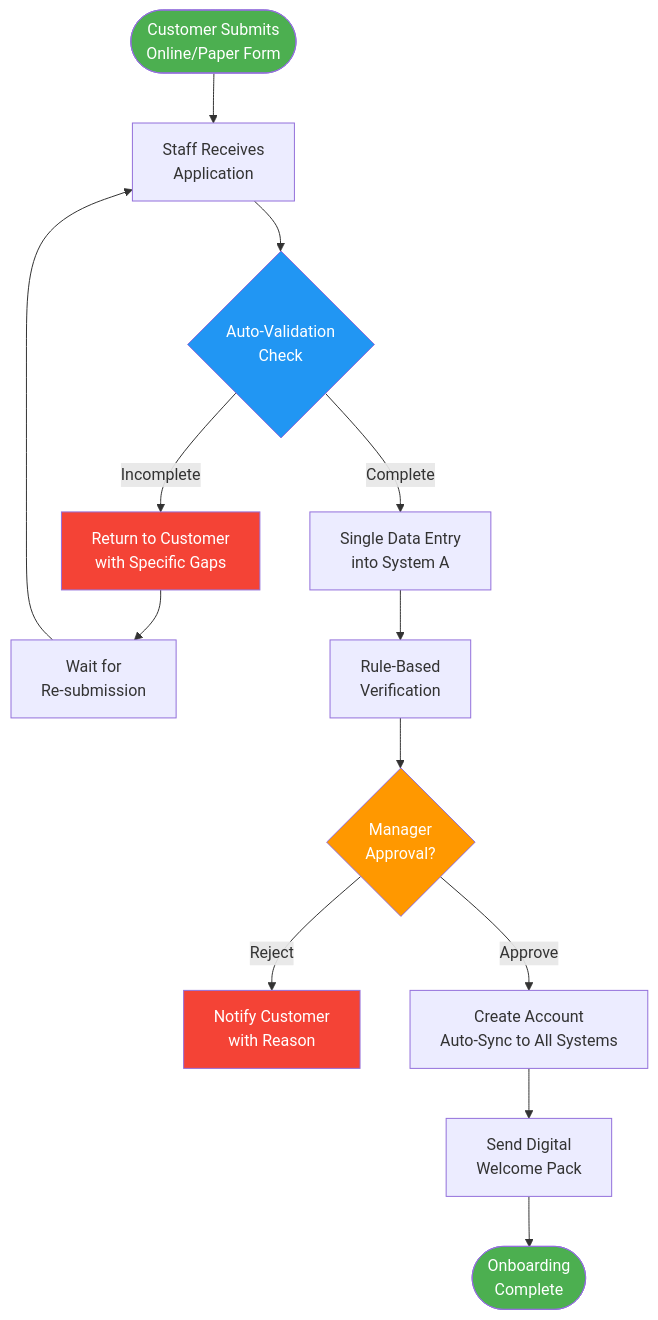
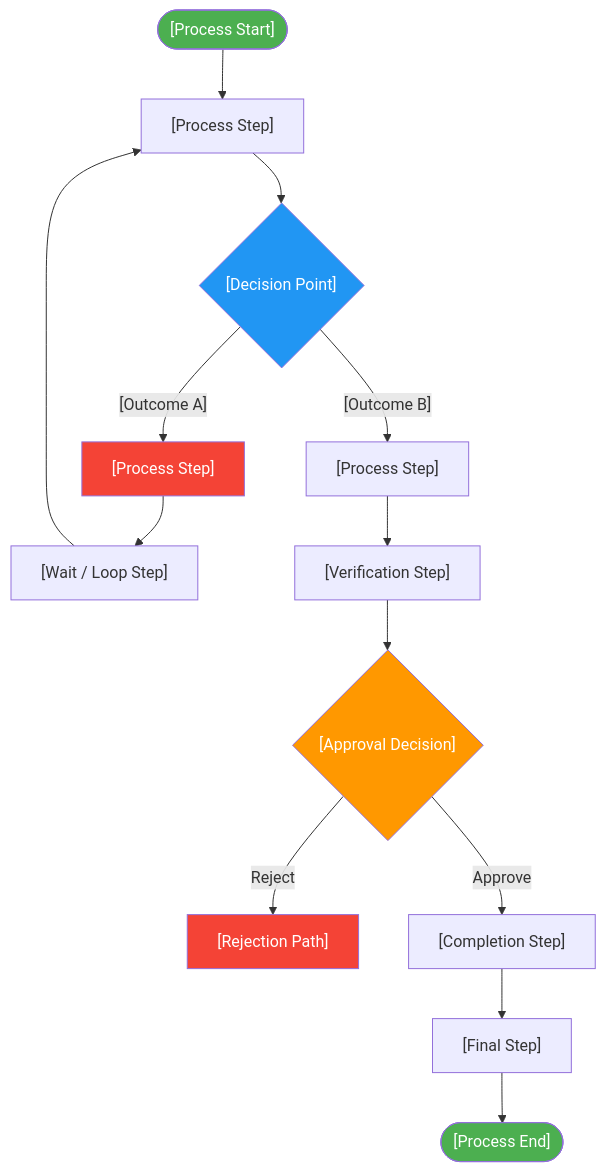
Before and after one commit to oat431/swe-knowledge: the diagram in document-template/02_Elicitation_and_Collaboration/Elicitation-Results-Confirmed.md, drawn with Mermaid. The commit also changed other lines of this file and 50 other files, not shown here.

````diff
--- a/document-template/02_Elicitation_and_Collaboration/Elicitation-Results-Confirmed.md
+++ b/document-template/02_Elicitation_and_Collaboration/Elicitation-Results-Confirmed.md
@@ -97,22 +97,22 @@
 ```mermaid
 flowchart TD
-    START([Customer Submits<br>Online/Paper Form]) --> RECEIVE[Staff Receives<br>Application]
-    RECEIVE --> AUTO_CHECK{Auto-Validation<br>Check}
-    AUTO_CHECK -->|Incomplete| RETURN[Return to Customer<br>with Specific Gaps]
-    RETURN --> WAIT[Wait for<br>Re-submission]
-    WAIT --> RECEIVE
-    AUTO_CHECK -->|Complete| DATA_ENTRY[Single Data Entry<br>into System A]
-    DATA_ENTRY --> VERIFY[Rule-Based<br>Verification]
-    VERIFY --> APPROVE{Manager<br>Approval?}
-    APPROVE -->|Reject| NOTIFY_R[Notify Customer<br>with Reason]
-    APPROVE -->|Approve| CREATE[Create Account<br>Auto-Sync to All Systems]
-    CREATE --> WELCOME[Send Digital<br>Welcome Pack]
-    WELCOME --> END([Onboarding<br>Complete])
+    START(["[Process Start]"]) --> STEP1["[Process Step]"]
+    STEP1 --> CHECK{"[Decision Point]"}
+    CHECK -->|"[Outcome A]"| BRANCH1["[Process Step]"]
+    BRANCH1 --> WAIT["[Wait / Loop Step]"]
+    WAIT --> STEP1
+    CHECK -->|"[Outcome B]"| STEP2["[Process Step]"]
+    STEP2 --> VERIFY["[Verification Step]"]
+    VERIFY --> APPROVE{"[Approval Decision]"}
+    APPROVE -->|Reject| NOTIFY_R["[Rejection Path]"]
+    APPROVE -->|Approve| CREATE["[Completion Step]"]
+    CREATE --> WELCOME["[Final Step]"]
+    WELCOME --> END(["[Process End]"])
 
     style START fill:#4CAF50,color:#fff
     style END fill:#4CAF50,color:#fff
-    style AUTO_CHECK fill:#2196F3,color:#fff
+    style CHECK fill:#2196F3,color:#fff
     style APPROVE fill:#FF9800,color:#fff
-    style RETURN fill:#f44336,color:#fff
+    style BRANCH1 fill:#f44336,color:#fff
     style NOTIFY_R fill:#f44336,color:#fff
 ```
````
